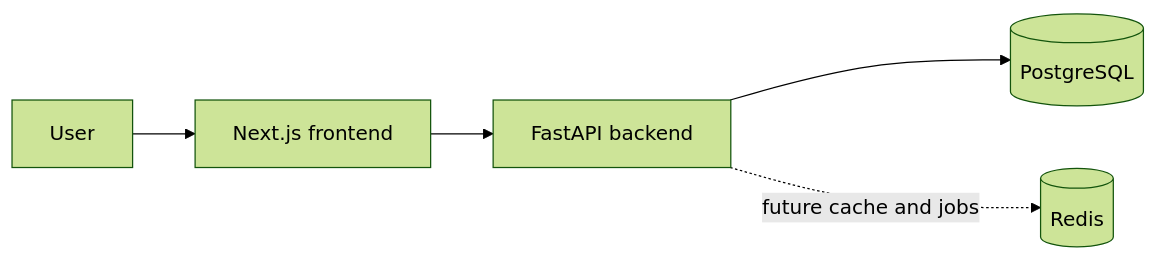
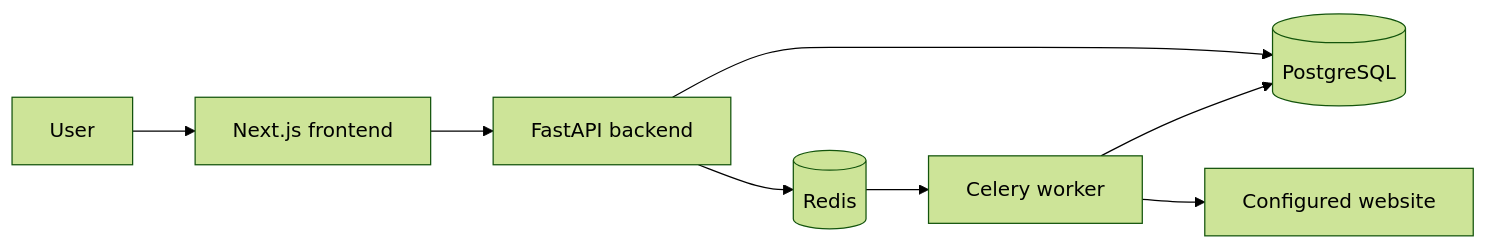
The diagram in docs/architecture.md (bhavyabafnaa/ai-visibility-analyzer), drawn with Mermaid (forest theme) before and after one commit. The commit also changed other lines of this file and 76 other files, not shown here.

````diff
--- a/docs/architecture.md
+++ b/docs/architecture.md
@@ -11,7 +11,10 @@
 ```mermaid
 flowchart LR
     User[User] --> Web[Next.js frontend]
     Web --> API[FastAPI backend]
     API --> DB[(PostgreSQL)]
-    API -. future cache and jobs .-> Cache[(Redis)]
+    API --> Queue[(Redis)]
+    Queue --> Worker[Celery worker]
+    Worker --> DB
+    Worker --> Site[Configured website]
 ```
````
